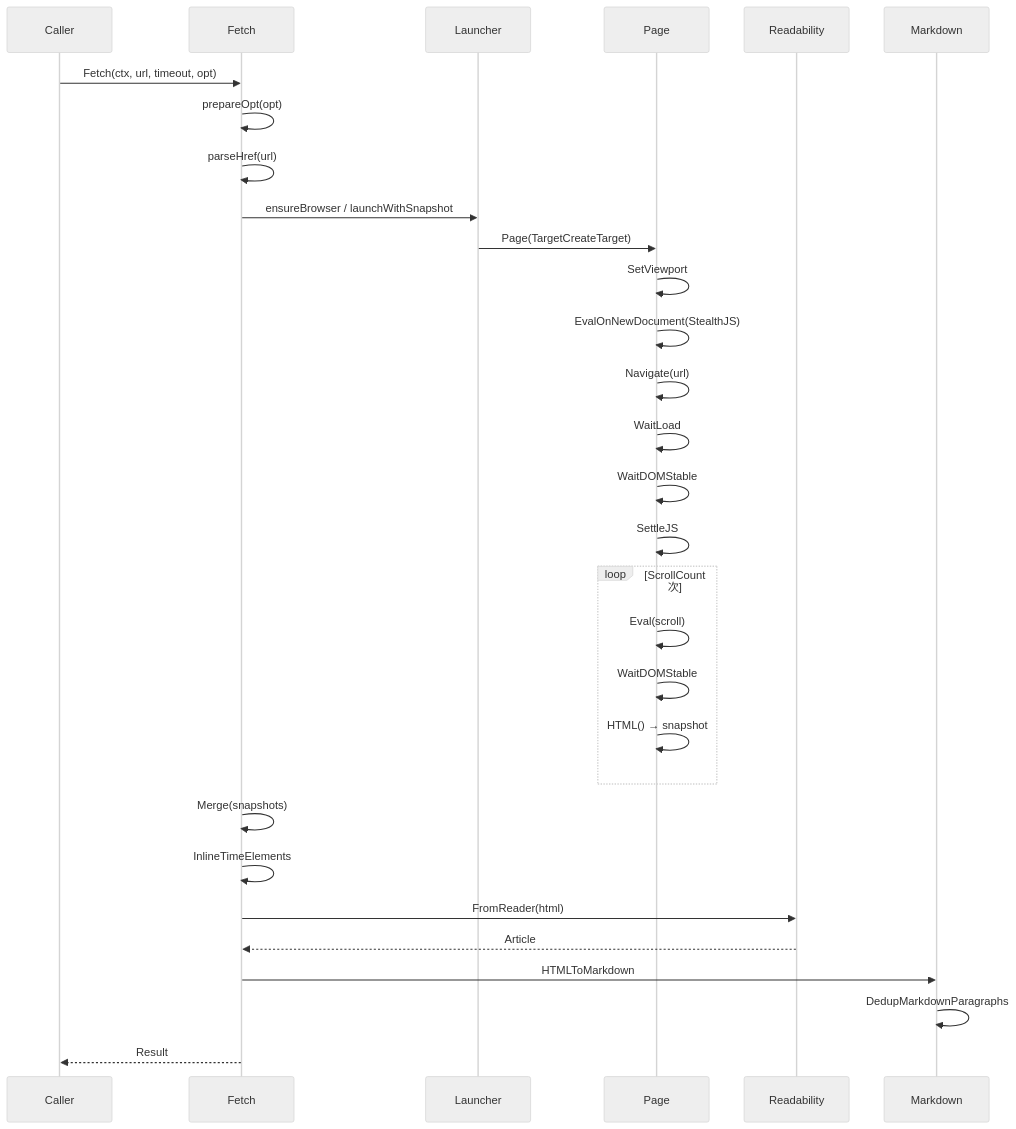
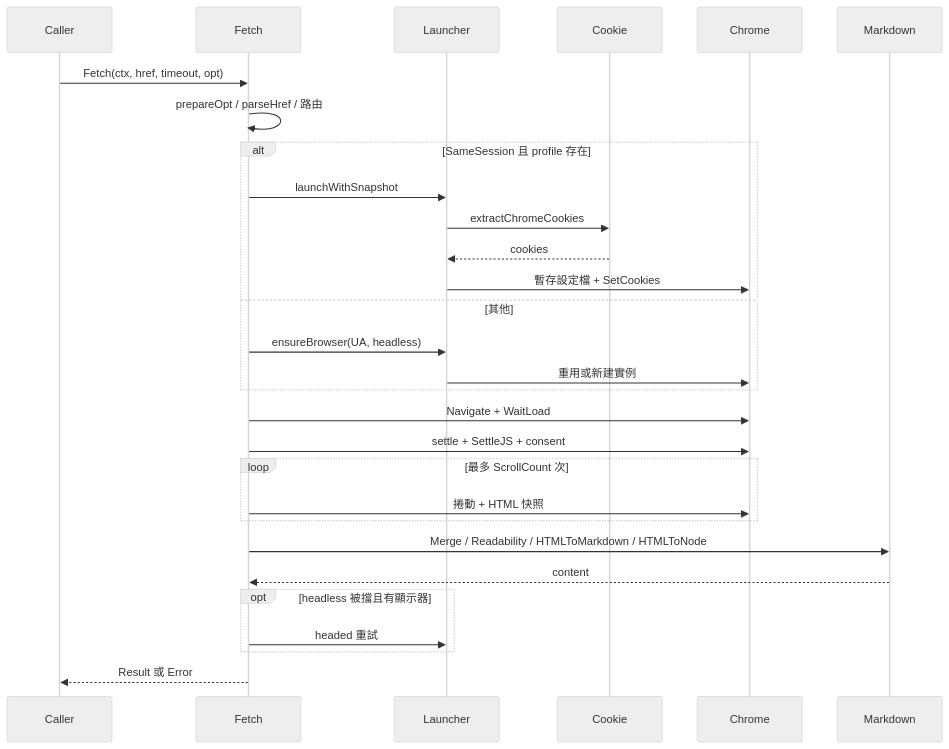
One commit to pardnchiu/go-browser changed the seventh of 8 diagrams in doc/architecture.zh.md. Above: the diagram before and after it, drawn with Mermaid (neutral theme). The commit also changed other lines of this file and 5 other files, not shown here.

````diff
--- a/doc/architecture.zh.md
+++ b/doc/architecture.zh.md
@@ -144,33 +153,31 @@
 ```mermaid
 sequenceDiagram
     participant Caller
     participant Fetch
     participant Launcher
-    participant Page
-    participant Readability
+    participant Cookie
+    participant Chrome
     participant Markdown
-
-    Caller->>Fetch: Fetch(ctx, url, timeout, opt)
-    Fetch->>Fetch: prepareOpt(opt)
-    Fetch->>Fetch: parseHref(url)
-    Fetch->>Launcher: ensureBrowser / launchWithSnapshot
-    Launcher->>Page: Page(TargetCreateTarget)
-    Page->>Page: SetViewport
-    Page->>Page: EvalOnNewDocument(StealthJS)
-    Page->>Page: Navigate(url)
-    Page->>Page: WaitLoad
-    Page->>Page: WaitDOMStable
-    Page->>Page: SettleJS
-    loop ScrollCount 次
-        Page->>Page: Eval(scroll)
-        Page->>Page: WaitDOMStable
-        Page->>Page: HTML() → snapshot
+    Caller->>Fetch: Fetch(ctx, href, timeout, opt)
+    Fetch->>Fetch: prepareOpt / parseHref / 路由
+    alt SameSession 且 profile 存在
+        Fetch->>Launcher: launchWithSnapshot
+        Launcher->>Cookie: extractChromeCookies
+        Cookie-->>Launcher: cookies
+        Launcher->>Chrome: 暫存設定檔 + SetCookies
+    else 其他
+        Fetch->>Launcher: ensureBrowser(UA, headless)
+        Launcher->>Chrome: 重用或新建實例
     end
-    Fetch->>Fetch: Merge(snapshots)
-    Fetch->>Fetch: InlineTimeElements
-    Fetch->>Readability: FromReader(html)
-    Readability-->>Fetch: Article
-    Fetch->>Markdown: HTMLToMarkdown
-    Markdown->>Markdown: DedupMarkdownParagraphs
-    Fetch-->>Caller: Result
+    Fetch->>Chrome: Navigate + WaitLoad
+    Fetch->>Chrome: settle + SettleJS + consent
+    loop 最多 ScrollCount 次
+        Fetch->>Chrome: 捲動 + HTML 快照
+    end
+    Fetch->>Markdown: Merge / Readability / HTMLToMarkdown / HTMLToNode
+    Markdown-->>Fetch: content
+    opt headless 被擋且有顯示器
+        Fetch->>Launcher: headed 重試
+    end
+    Fetch-->>Caller: Result 或 Error
 ```
````
